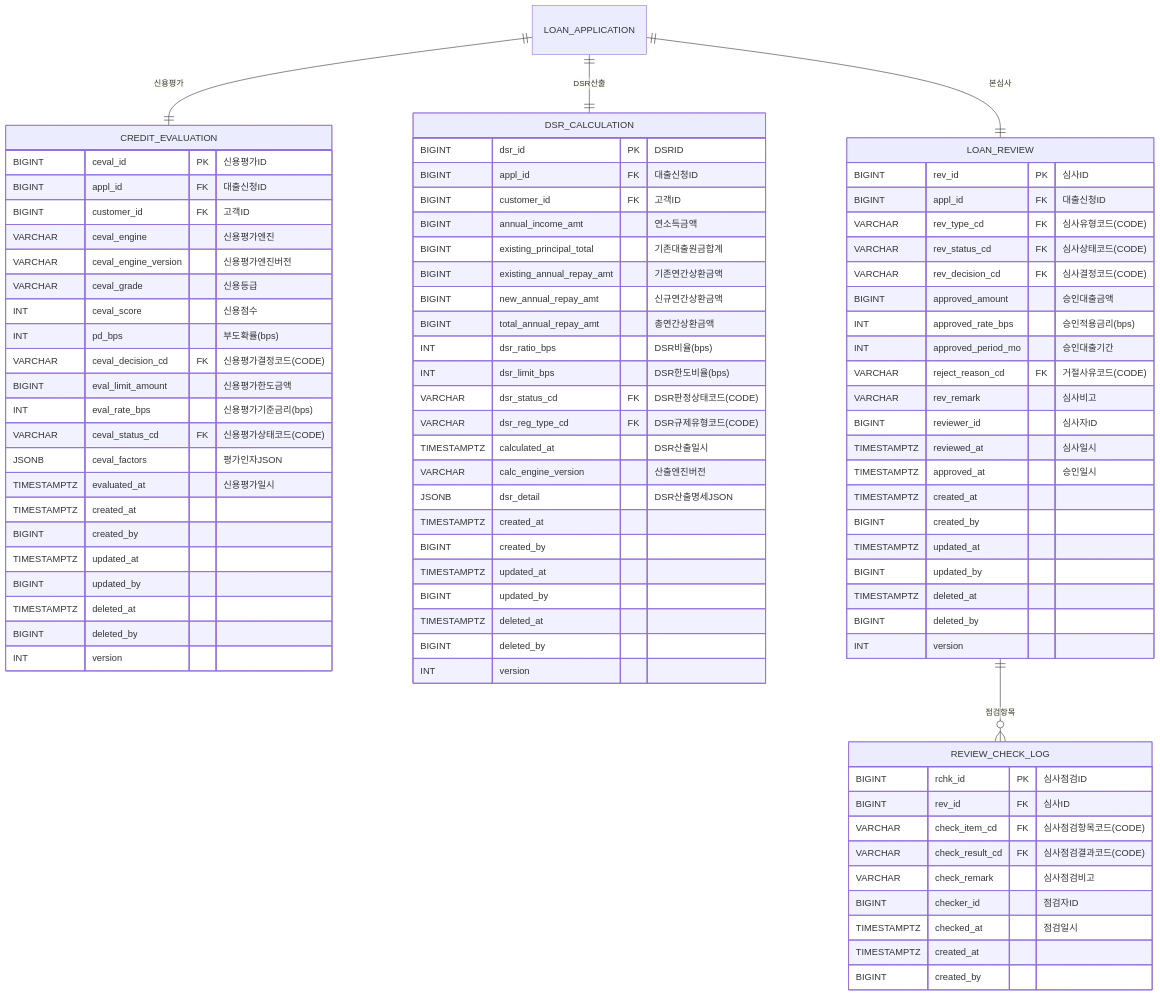
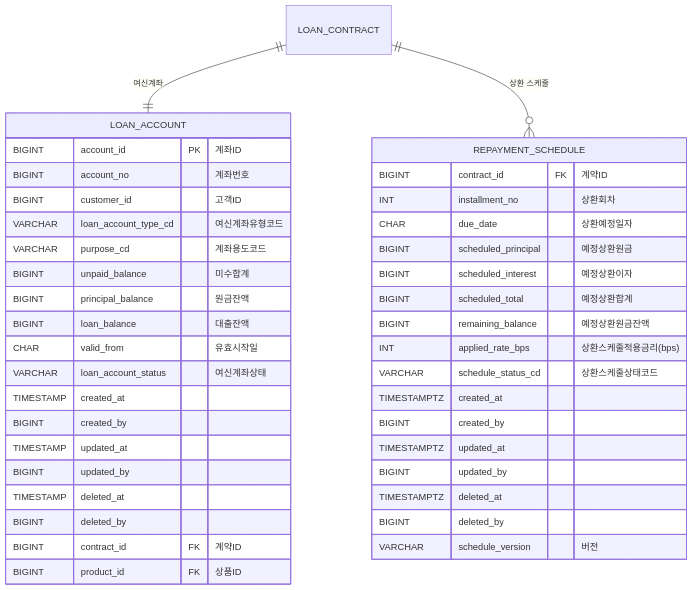
The fourth of 8 diagrams in docs/loan_erd.md (asitwas729/internet_banking), drawn with Mermaid before and after one commit. The commit also changed other lines of this file and 106 other files, not shown here.

````diff
--- a/docs/loan_erd.md
+++ b/docs/loan_erd.md
@@ -438,91 +164,45 @@
 ```mermaid
 erDiagram
-    CREDIT_EVALUATION {
-        BIGINT ceval_id PK "신용평가ID"
-        BIGINT appl_id FK "대출신청ID"
-        BIGINT customer_id FK "고객ID"
-        VARCHAR ceval_engine "신용평가엔진"
-        VARCHAR ceval_engine_version "신용평가엔진버전"
-        VARCHAR ceval_grade "신용등급"
-        INT ceval_score "신용점수"
-        INT pd_bps "부도확률(bps)"
-        VARCHAR ceval_decision_cd FK "신용평가결정코드(CODE)"
-        BIGINT eval_limit_amount "신용평가한도금액"
-        INT eval_rate_bps "신용평가기준금리(bps)"
-        VARCHAR ceval_status_cd FK "신용평가상태코드(CODE)"
-        JSONB ceval_factors "평가인자JSON"
-        TIMESTAMPTZ evaluated_at "신용평가일시"
+    LOAN_ACCOUNT {
+        BIGINT account_id PK "계좌ID"
+        BIGINT account_no "계좌번호"
+        BIGINT customer_id "고객ID"
+        VARCHAR loan_account_type_cd "여신계좌유형코드"
+        VARCHAR purpose_cd "계좌용도코드"
+        BIGINT unpaid_balance "미수합계"
+        BIGINT principal_balance "원금잔액"
+        BIGINT loan_balance "대출잔액"
+        CHAR valid_from "유효시작일"
+        VARCHAR loan_account_status "여신계좌상태"
+        TIMESTAMP created_at
+        BIGINT created_by
+        TIMESTAMP updated_at
+        BIGINT updated_by
+        TIMESTAMP deleted_at
+        BIGINT deleted_by
+        BIGINT contract_id FK "계약ID"
+        BIGINT product_id FK "상품ID"
+    }
+
+    REPAYMENT_SCHEDULE {
+        BIGINT contract_id FK "계약ID"
+        INT installment_no "상환회차"
+        CHAR due_date "상환예정일자"
+        BIGINT scheduled_principal "예정상환원금"
+        BIGINT scheduled_interest "예정상환이자"
+        BIGINT scheduled_total "예정상환합계"
+        BIGINT remaining_balance "예정상환원금잔액"
+        INT applied_rate_bps "상환스케줄적용금리(bps)"
+        VARCHAR schedule_status_cd "상환스케줄상태코드"
         TIMESTAMPTZ created_at
         BIGINT created_by
         TIMESTAMPTZ updated_at
         BIGINT updated_by
         TIMESTAMPTZ deleted_at
         BIGINT deleted_by
-        INT version
+        VARCHAR schedule_version "버전"
     }
 
-    DSR_CALCULATION {
-        BIGINT dsr_id PK "DSRID"
-        BIGINT appl_id FK "대출신청ID"
-        BIGINT customer_id FK "고객ID"
-        BIGINT annual_income_amt "연소득금액"
-        BIGINT existing_principal_total "기존대출원금합계"
-        BIGINT existing_annual_repay_amt "기존연간상환금액"
-        BIGINT new_annual_repay_amt "신규연간상환금액"
-        BIGINT total_annual_repay_amt "총연간상환금액"
-        INT dsr_ratio_bps "DSR비율(bps)"
-        INT dsr_limit_bps "DSR한도비율(bps)"
-        VARCHAR dsr_status_cd FK "DSR판정상태코드(CODE)"
-        VARCHAR dsr_reg_type_cd FK "DSR규제유형코드(CODE)"
-        TIMESTAMPTZ calculated_at "DSR산출일시"
-        VARCHAR calc_engine_version "산출엔진버전"
-        JSONB dsr_detail "DSR산출명세JSON"
-        TIMESTAMPTZ created_at
-        BIGINT created_by
-        TIMESTAMPTZ updated_at
-        BIGINT updated_by
-        TIMESTAMPTZ deleted_at
-        BIGINT deleted_by
-        INT version
-    }
-
-    LOAN_REVIEW {
-        BIGINT rev_id PK "심사ID"
-        BIGINT appl_id FK "대출신청ID"
-        VARCHAR rev_type_cd FK "심사유형코드(CODE)"
-        VARCHAR rev_status_cd FK "심사상태코드(CODE)"
-        VARCHAR rev_decision_cd FK "심사결정코드(CODE)"
-        BIGINT approved_amount "승인대출금액"
-        INT approved_rate_bps "승인적용금리(bps)"
-        INT approved_period_mo "승인대출기간"
-        VARCHAR reject_reason_cd FK "거절사유코드(CODE)"
-        VARCHAR rev_remark "심사비고"
-        BIGINT reviewer_id "심사자ID"
-        TIMESTAMPTZ reviewed_at "심사일시"
-        TIMESTAMPTZ approved_at "승인일시"
-        TIMESTAMPTZ created_at
-        BIGINT created_by
-        TIMESTAMPTZ updated_at
-        BIGINT updated_by
-        TIMESTAMPTZ deleted_at
-        BIGINT deleted_by
-        INT version
-    }
-
-    REVIEW_CHECK_LOG {
-        BIGINT rchk_id PK "심사점검ID"
-        BIGINT rev_id FK "심사ID"
-        VARCHAR check_item_cd FK "심사점검항목코드(CODE)"
-        VARCHAR check_result_cd FK "심사점검결과코드(CODE)"
-        VARCHAR check_remark "심사점검비고"
-        BIGINT checker_id "점검자ID"
-        TIMESTAMPTZ checked_at "점검일시"
-        TIMESTAMPTZ created_at
-        BIGINT created_by
-    }
-
-    LOAN_APPLICATION ||--|| CREDIT_EVALUATION : "신용평가"
-    LOAN_APPLICATION ||--|| DSR_CALCULATION : "DSR산출"
-    LOAN_APPLICATION ||--|| LOAN_REVIEW : "본심사"
-    LOAN_REVIEW ||--o{ REVIEW_CHECK_LOG : "점검항목"
+    LOAN_CONTRACT ||--|| LOAN_ACCOUNT : "여신계좌"
+    LOAN_CONTRACT ||--o{ REPAYMENT_SCHEDULE : "상환 스케줄"
 ```
````
